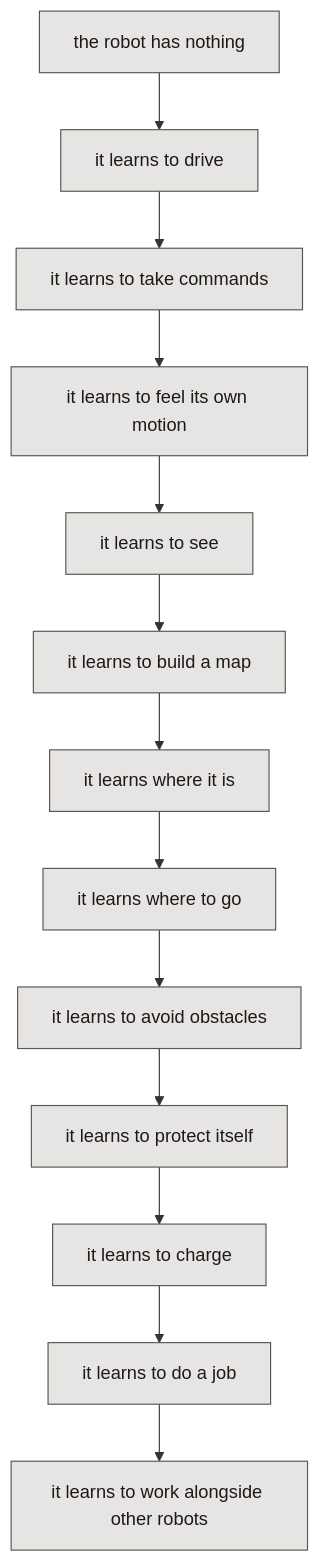
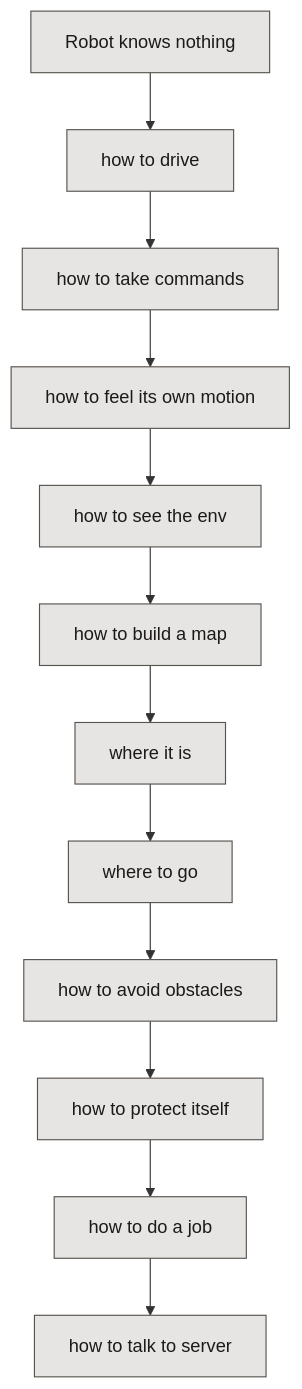
The diagram in content/blog/amr/_index.md (phatcvo/phatcvo.github.io), drawn with Mermaid before and after one commit. The commit also changed other lines of this file, not shown here.

Commit message:
Refactor philosophy section and streamline flowchart for clarity

````diff
--- a/content/blog/amr/_index.md
+++ b/content/blog/amr/_index.md
@@ -25,18 +23,17 @@
 ```mermaid
 flowchart TD
-  A["the robot has nothing"] --> B["it learns to drive"]
-  B --> C["it learns to take commands"]
-  C --> D["it learns to feel its own motion"]
-  D --> E["it learns to see"]
-  E --> F["it learns to build a map"]
-  F --> G["it learns where it is"]
-  G --> H["it learns where to go"]
-  H --> I["it learns to avoid obstacles"]
-  I --> J["it learns to protect itself"]
-  J --> K["it learns to charge"]
-  K --> L["it learns to do a job"]
-  L --> M["it learns to work alongside other robots"]
+  A["Robot knows nothing"] --> B["how to drive"]
+  B --> C["how to take commands"]
+  C --> D["how to feel its own motion"]
+  D --> E["how to see the env"]
+  E --> F["how to build a map"]
+  F --> G["where it is"]
+  G --> H["where to go"]
+  H --> I["how to avoid obstacles"]
+  I --> J["how to protect itself"]
+  J --> L["how to do a job"]
+  L --> M["how to talk to server"]
 
   classDef step fill:#e7e5e4,stroke:#57534e,color:#1c1917
   class A,B,C,D,E,F,G,H,I,J,K,L,M step
 ```
````
